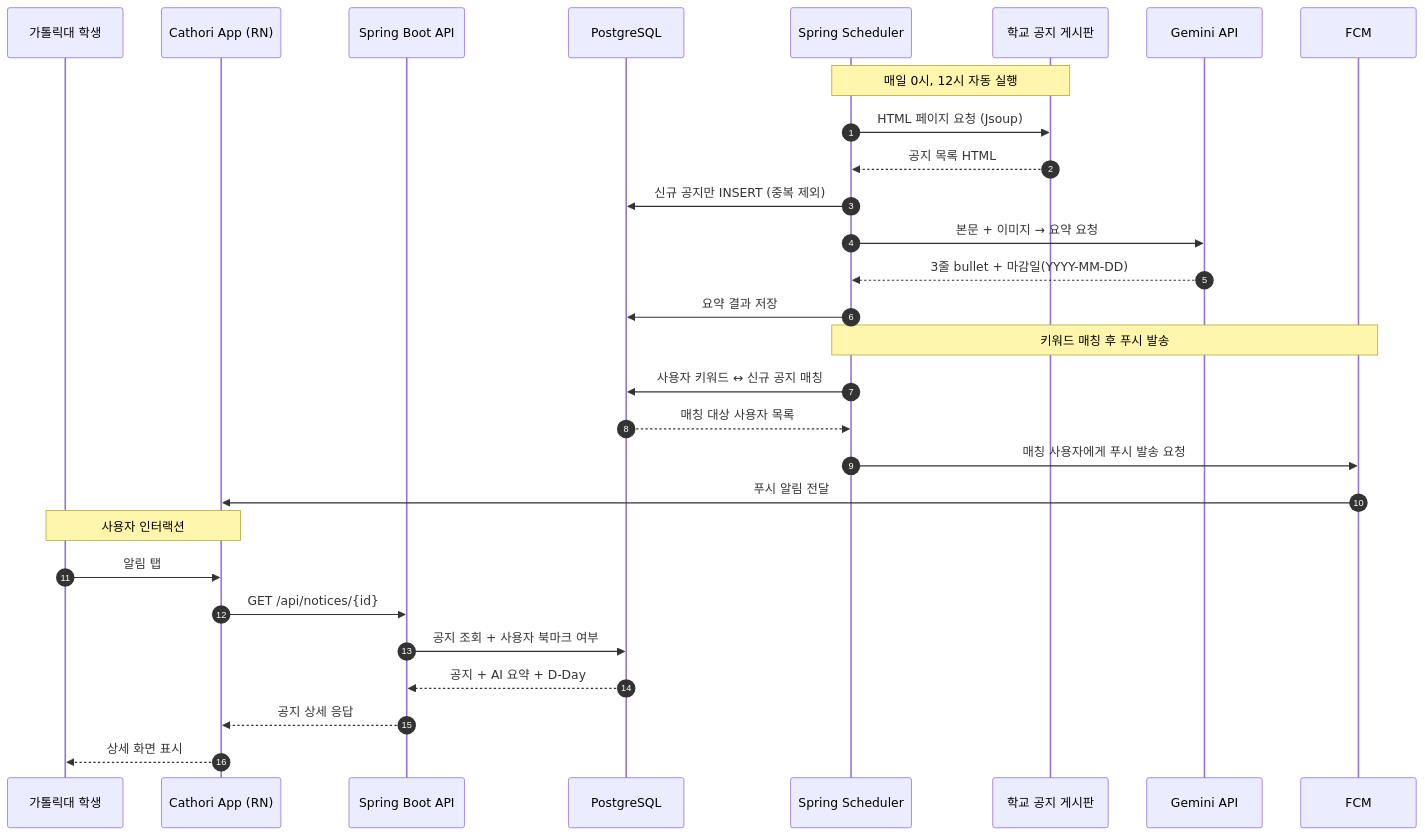
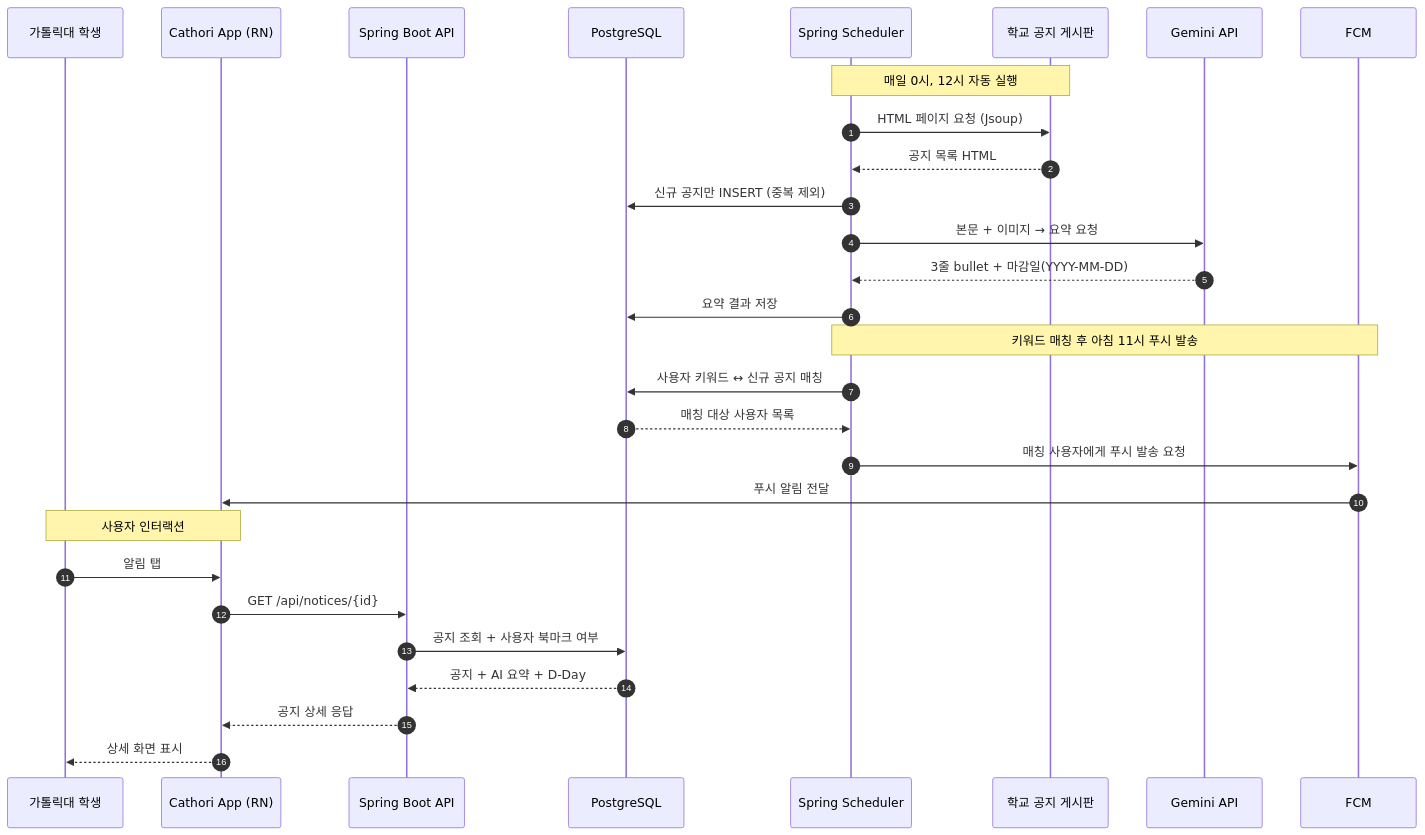
One commit to Cathori-space/Cathori changed the first of 2 diagrams in README.md. Above: the diagram before and after it, drawn with Mermaid.

````diff
--- a/README.md
+++ b/README.md
@@ -111,34 +111,34 @@
 ```mermaid
 sequenceDiagram
   autonumber
   participant U as 가톨릭대 학생
   participant A as Cathori App (RN)
   participant API as Spring Boot API
   participant DB as PostgreSQL
   participant S as Spring Scheduler
   participant W as 학교 공지 게시판
   participant G as Gemini API
   participant F as FCM
 
   Note over S,W: 매일 0시, 12시 자동 실행
   S->>W: HTML 페이지 요청 (Jsoup)
   W-->>S: 공지 목록 HTML
   S->>DB: 신규 공지만 INSERT (중복 제외)
   S->>G: 본문 + 이미지 → 요약 요청
   G-->>S: 3줄 bullet + 마감일(YYYY-MM-DD)
   S->>DB: 요약 결과 저장
 
-  Note over S,F: 키워드 매칭 후 푸시 발송
+  Note over S,F: 키워드 매칭 후 아침 11시 푸시 발송
   S->>DB: 사용자 키워드 ↔ 신규 공지 매칭
   DB-->>S: 매칭 대상 사용자 목록
   S->>F: 매칭 사용자에게 푸시 발송 요청
   F->>A: 푸시 알림 전달
   
   Note over U,A: 사용자 인터랙션
   U->>A: 알림 탭
   A->>API: GET /api/notices/{id}
   API->>DB: 공지 조회 + 사용자 북마크 여부
   DB-->>API: 공지 + AI 요약 + D-Day
   API-->>A: 공지 상세 응답
   A-->>U: 상세 화면 표시
 ```
````
